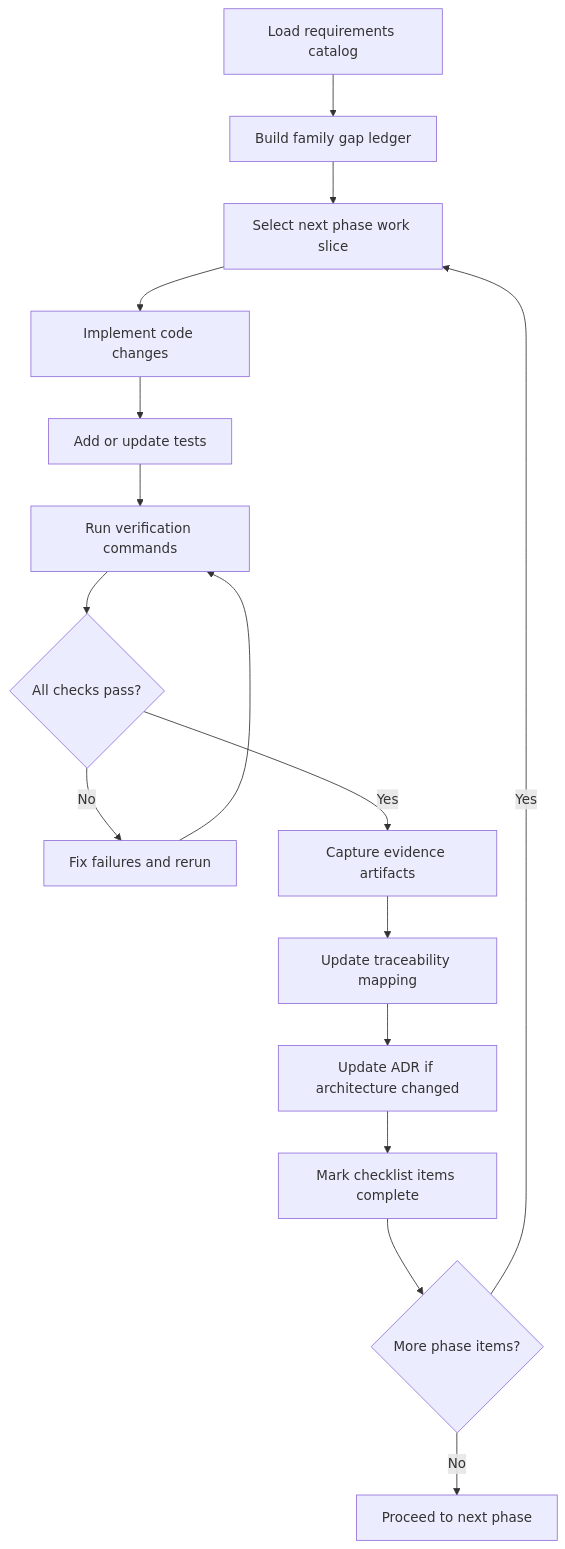
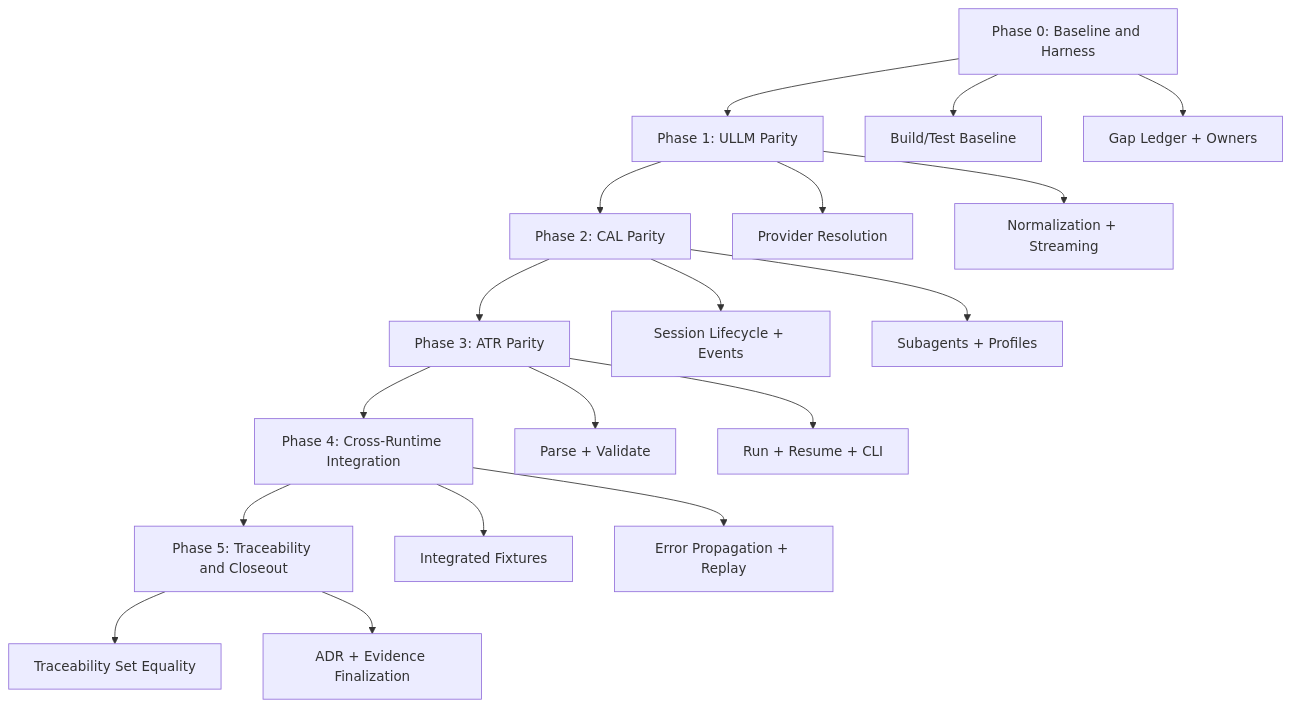
The third of 5 diagrams in docs/sprints/SPRINT-003-close-spec-parity-tcl.md (jaytaylor/attractor-tcl), drawn with Mermaid before and after one commit. The commit also changed other lines of this file, not shown here.

Commit message:
docs(sprint-003): sync close-spec parity completion with verified evidence

````diff
--- a/docs/sprints/SPRINT-003-close-spec-parity-tcl.md
+++ b/docs/sprints/SPRINT-003-close-spec-parity-tcl.md
@@ -2428,18 +1080,26 @@
 ```mermaid
 flowchart TD
-  A[Load requirements catalog] --> B[Build family gap ledger]
-  B --> C[Select next phase work slice]
-  C --> D[Implement code changes]
-  D --> E[Add or update tests]
-  E --> F[Run verification commands]
-  F --> G{All checks pass?}
-  G -- No --> H[Fix failures and rerun]
-  H --> F
-  G -- Yes --> I[Capture evidence artifacts]
-  I --> J[Update traceability mapping]
-  J --> K[Update ADR if architecture changed]
-  K --> L[Mark checklist items complete]
-  L --> M{More phase items?}
-  M -- Yes --> C
-  M -- No --> N[Proceed to next phase]
+    A[Phase 0: Baseline and Harness] --> B[Phase 1: ULLM Parity]
+    B --> C[Phase 2: CAL Parity]
+    C --> D[Phase 3: ATR Parity]
+    D --> E[Phase 4: Cross-Runtime Integration]
+    E --> F[Phase 5: Traceability and Closeout]
+
+    A --> A1[Build/Test Baseline]
+    A --> A2[Gap Ledger + Owners]
+
+    B --> B1[Provider Resolution]
+    B --> B2[Normalization + Streaming]
+
+    C --> C1[Session Lifecycle + Events]
+    C --> C2[Subagents + Profiles]
+
+    D --> D1[Parse + Validate]
+    D --> D2[Run + Resume + CLI]
+
+    E --> E1[Integrated Fixtures]
+    E --> E2[Error Propagation + Replay]
+
+    F --> F1[Traceability Set Equality]
+    F --> F2[ADR + Evidence Finalization]
 ```
````
